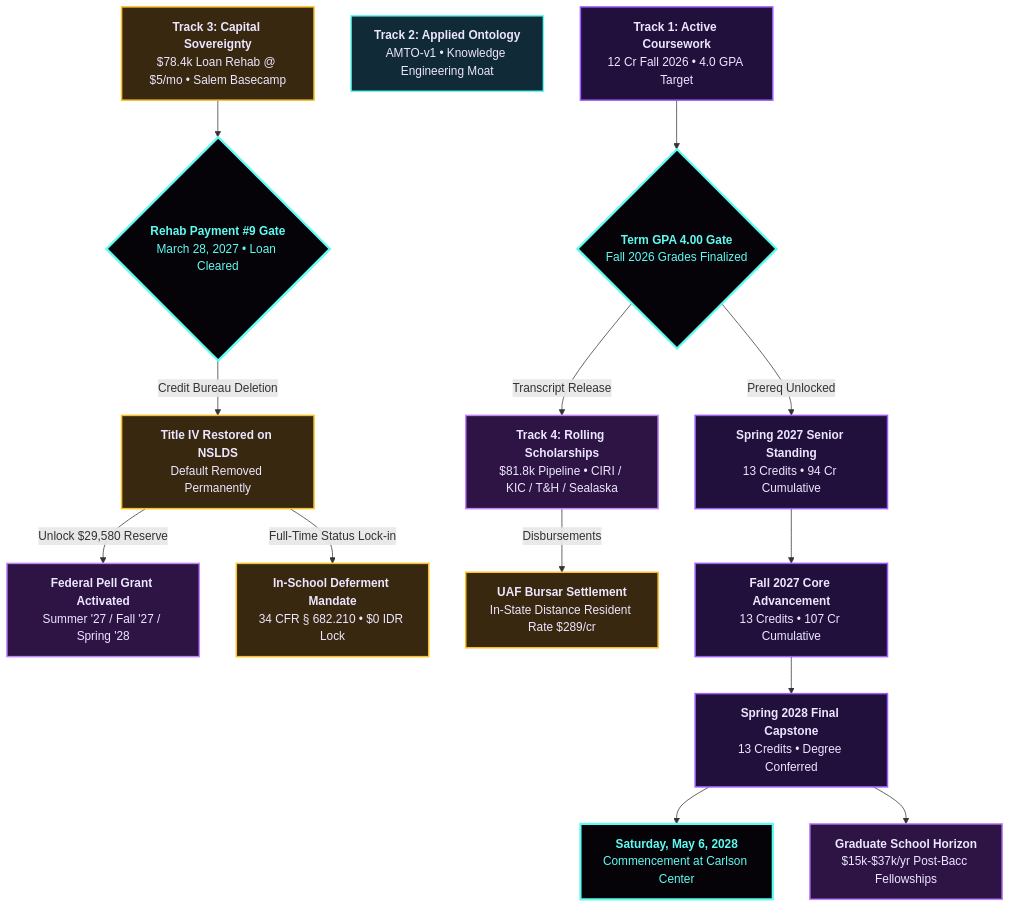
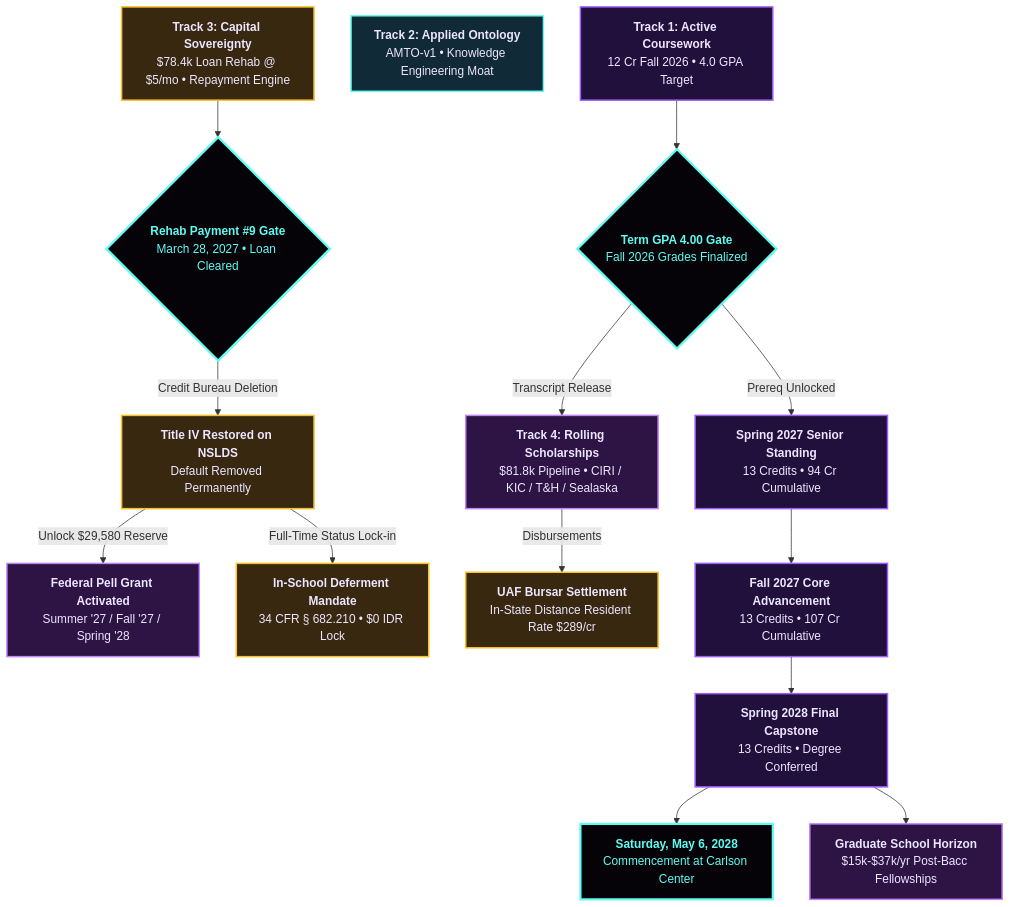
Before and after one commit to thrymspire/sovereignCritical: the diagram in README.md, drawn with Mermaid. The commit also changed other lines of this file and 5 other files, not shown here.

````diff
--- a/README.md
+++ b/README.md
@@ -62,33 +62,33 @@
 ```mermaid
 graph TD
     classDef t1 fill:#22103c,stroke:#9d5cff,stroke-width:2px,color:#ede6ff;
     classDef t2 fill:#112a38,stroke:#5ffbf1,stroke-width:2px,color:#ede6ff;
     classDef t3 fill:#382810,stroke:#fbbf24,stroke-width:2px,color:#ede6ff;
     classDef t4 fill:#2d1445,stroke:#c084fc,stroke-width:2px,color:#ede6ff;
     classDef gate fill:#050208,stroke:#5ffbf1,stroke-width:3px,color:#5ffbf1;
 
     T1[<b>Track 1: Active Coursework</b><br/>12 Cr Fall 2026 &bull; 4.0 GPA Target]:::t1
     T2[<b>Track 2: Applied Ontology</b><br/>AMTO-v1 &bull; Knowledge Engineering Moat]:::t2
-    T3[<b>Track 3: Capital Sovereignty</b><br/>$78.4k Loan Rehab @ $5/mo &bull; Salem Basecamp]:::t3
+    T3[<b>Track 3: Capital Sovereignty</b><br/>$78.4k Loan Rehab @ $5/mo &bull; Repayment Engine]:::t3
     T4[<b>Track 4: Rolling Scholarships</b><br/>$81.8k Pipeline &bull; CIRI / KIC / T&H / Sealaska]:::t4
 
     G1{<b>Term GPA 4.00 Gate</b><br/>Fall 2026 Grades Finalized}:::gate
     G2{<b>Rehab Payment #9 Gate</b><br/>March 28, 2027 &bull; Loan Cleared}:::gate
 
     T1 --> G1
     T3 --> G2
 
     G1 -->|Transcript Release| T4
     G1 -->|Prereq Unlocked| S27[<b>Spring 2027 Senior Standing</b><br/>13 Credits &bull; 94 Cr Cumulative]:::t1
     
     G2 -->|Credit Bureau Deletion| NSLDS[<b>Title IV Restored on NSLDS</b><br/>Default Removed Permanently]:::t3
     NSLDS -->|Unlock $29,580 Reserve| PELL[<b>Federal Pell Grant Activated</b><br/>Summer '27 / Fall '27 / Spring '28]:::t4
     NSLDS -->|Full-Time Status Lock-in| DEF[<b>In-School Deferment Mandate</b><br/>34 CFR § 682.210 &bull; $0 IDR Lock]:::t3
 
     T4 -->|Disbursements| BURSAR[<b>UAF Bursar Settlement</b><br/>In-State Distance Resident Rate $289/cr]:::t3
 
     S27 --> F27[<b>Fall 2027 Core Advancement</b><br/>13 Credits &bull; 107 Cr Cumulative]:::t1
     F27 --> SP28[<b>Spring 2028 Final Capstone</b><br/>13 Credits &bull; Degree Conferred]:::t1
     SP28 --> GRAD[<b>Saturday, May 6, 2028</b><br/>Commencement at Carlson Center]:::gate
     SP28 --> FELLOW[<b>Graduate School Horizon</b><br/>$15k-$37k/yr Post-Bacc Fellowships]:::t4
 ```
````
